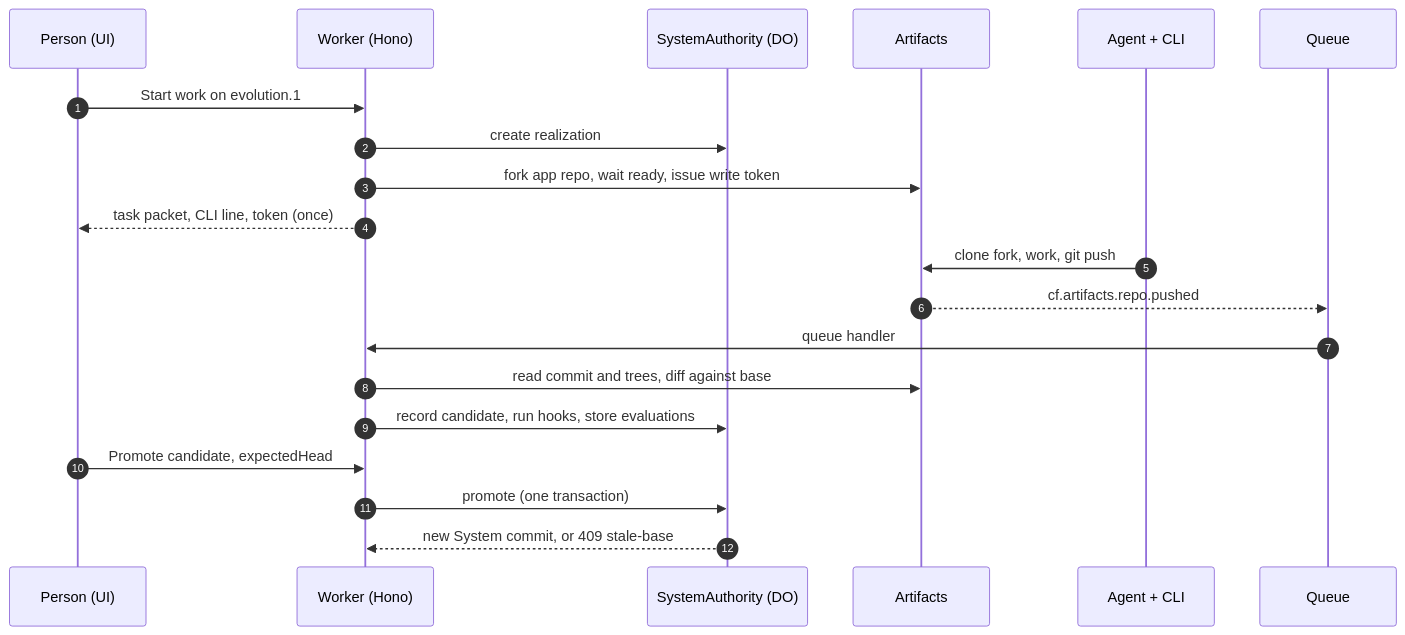
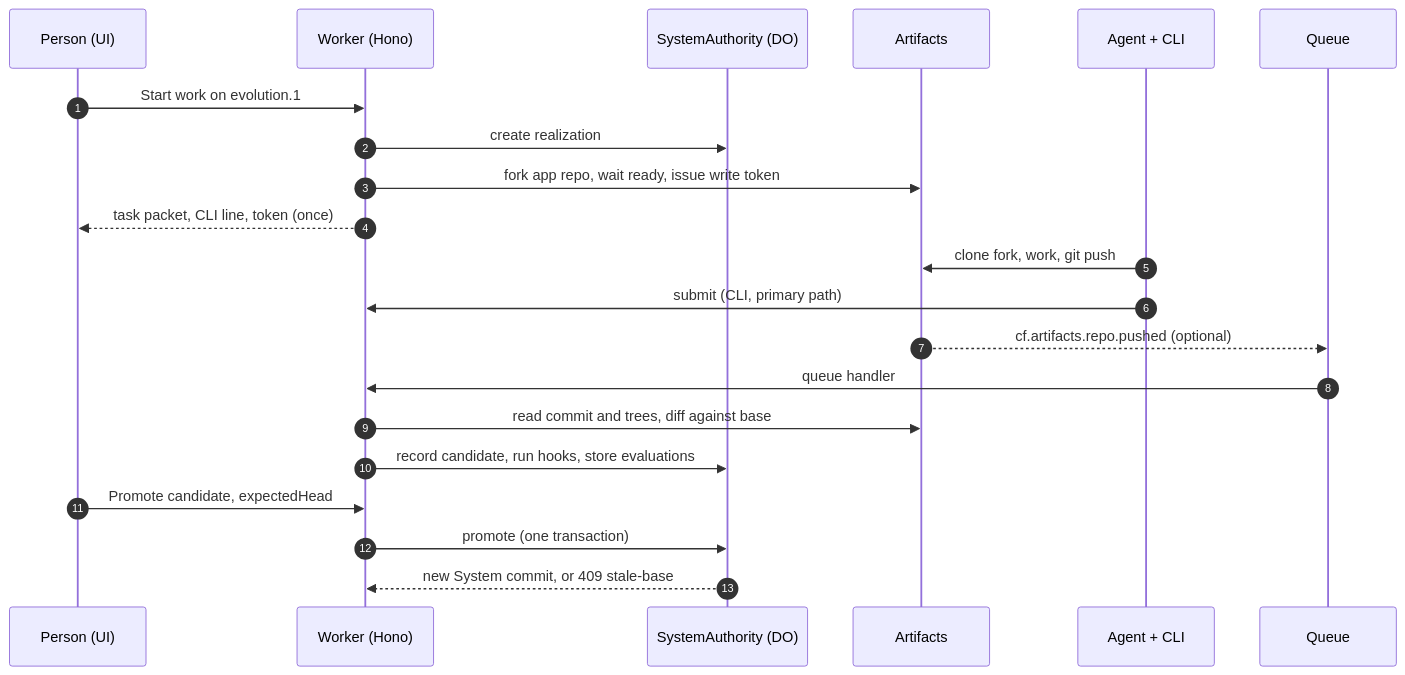
The diagram in docs/architecture.md (sdawka/artyfact-cf), drawn with Mermaid before and after one commit. The commit also changed other lines of this file and 13 other files, not shown here.

````diff
--- a/docs/architecture.md
+++ b/docs/architecture.md
@@ -5,22 +5,23 @@
 ```mermaid
 sequenceDiagram
   autonumber
   participant P as Person (UI)
   participant W as Worker (Hono)
   participant D as SystemAuthority (DO)
   participant A as Artifacts
   participant G as Agent + CLI
   participant Q as Queue
   P->>W: Start work on evolution.1
   W->>D: create realization
   W->>A: fork app repo, wait ready, issue write token
   W-->>P: task packet, CLI line, token (once)
   G->>A: clone fork, work, git push
-  A-->>Q: cf.artifacts.repo.pushed
+  G->>W: submit (CLI, primary path)
+  A-->>Q: cf.artifacts.repo.pushed (optional)
   Q->>W: queue handler
   W->>A: read commit and trees, diff against base
   W->>D: record candidate, run hooks, store evaluations
   P->>W: Promote candidate, expectedHead
   W->>D: promote (one transaction)
   D-->>W: new System commit, or 409 stale-base
 ```
````
